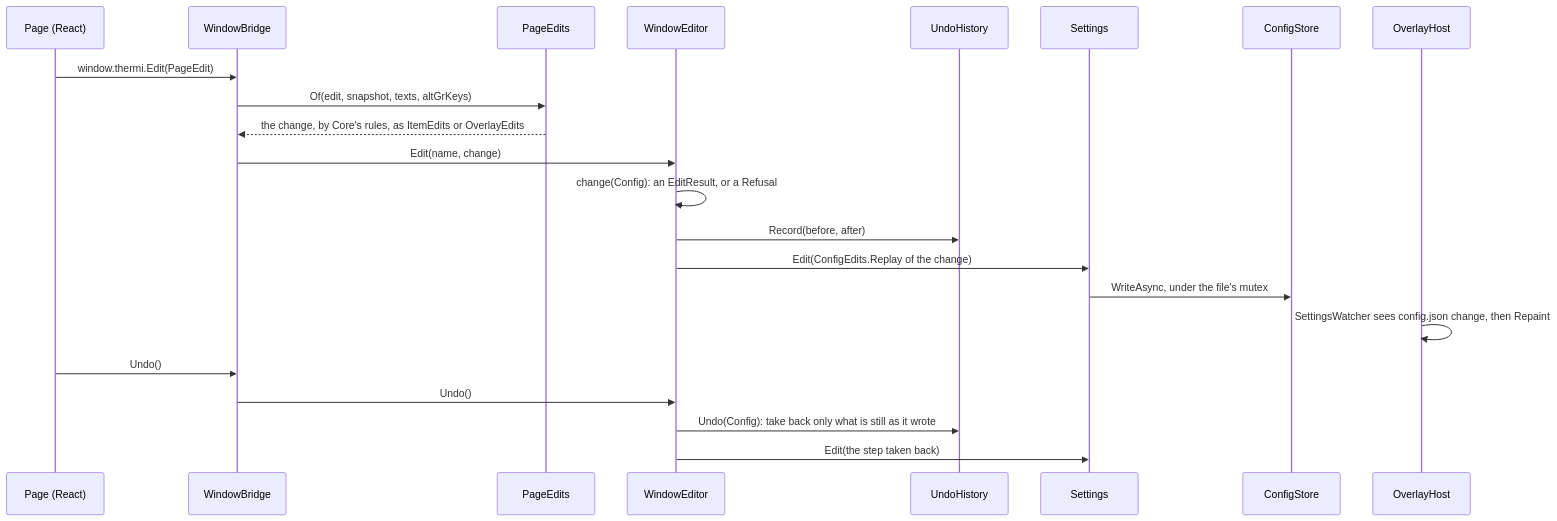
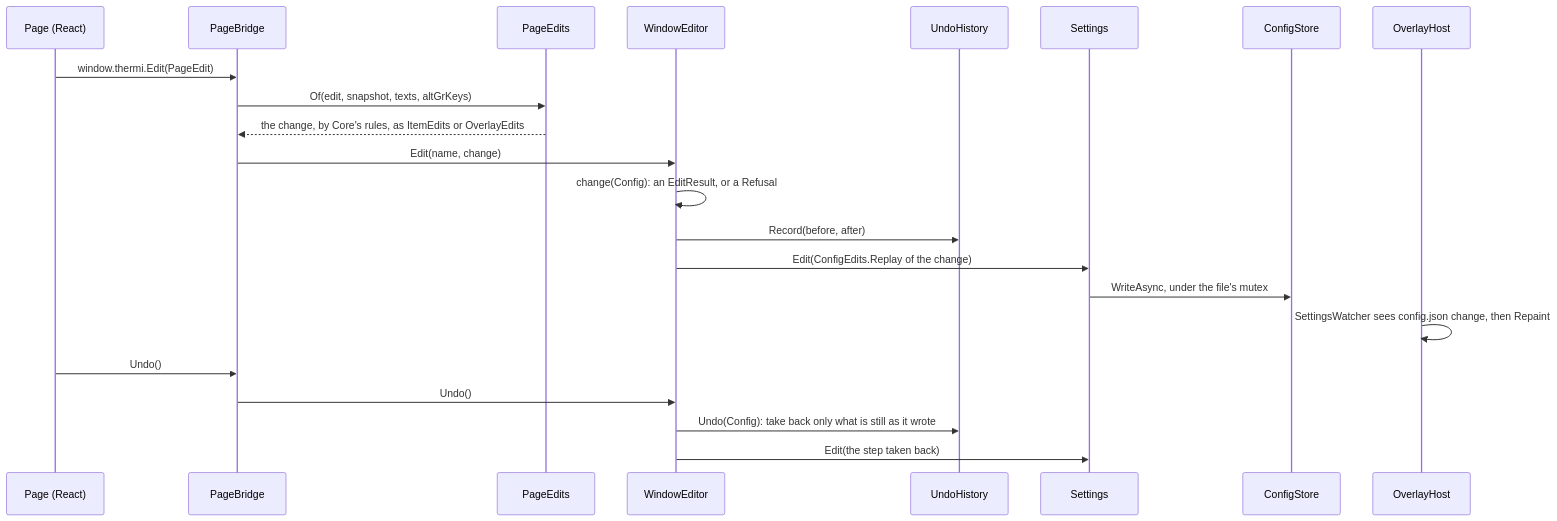
The second of 4 diagrams in docs/ARCHITECTURE.md (claudiopi/thermi), drawn with Mermaid before and after one commit. The commit also changed other lines of this file and 23 other files, not shown here.

First line of the commit message:
refactor: the window's bridge moves to Thermi.App, asking an IWindowHost for what only an OS does

````diff
--- a/docs/ARCHITECTURE.md
+++ b/docs/ARCHITECTURE.md
@@ -51,24 +51,24 @@
 ```mermaid
 sequenceDiagram
     participant Page as Page (React)
-    participant Bridge as WindowBridge
+    participant Bridge as PageBridge
     participant Edits as PageEdits
     participant Editor as WindowEditor
     participant Undo as UndoHistory
     participant Settings as Settings
     participant Store as ConfigStore
     participant Overlay as OverlayHost
     Page->>Bridge: window.thermi.Edit(PageEdit)
     Bridge->>Edits: Of(edit, snapshot, texts, altGrKeys)
     Edits-->>Bridge: the change, by Core's rules, as ItemEdits or OverlayEdits
     Bridge->>Editor: Edit(name, change)
     Editor->>Editor: change(Config): an EditResult, or a Refusal
     Editor->>Undo: Record(before, after)
     Editor->>Settings: Edit(ConfigEdits.Replay of the change)
     Settings->>Store: WriteAsync, under the file's mutex
     Overlay->>Overlay: SettingsWatcher sees config.json change, then Repaint
     Page->>Bridge: Undo()
     Bridge->>Editor: Undo()
     Editor->>Undo: Undo(Config): take back only what is still as it wrote
     Editor->>Settings: Edit(the step taken back)
 ```
````
